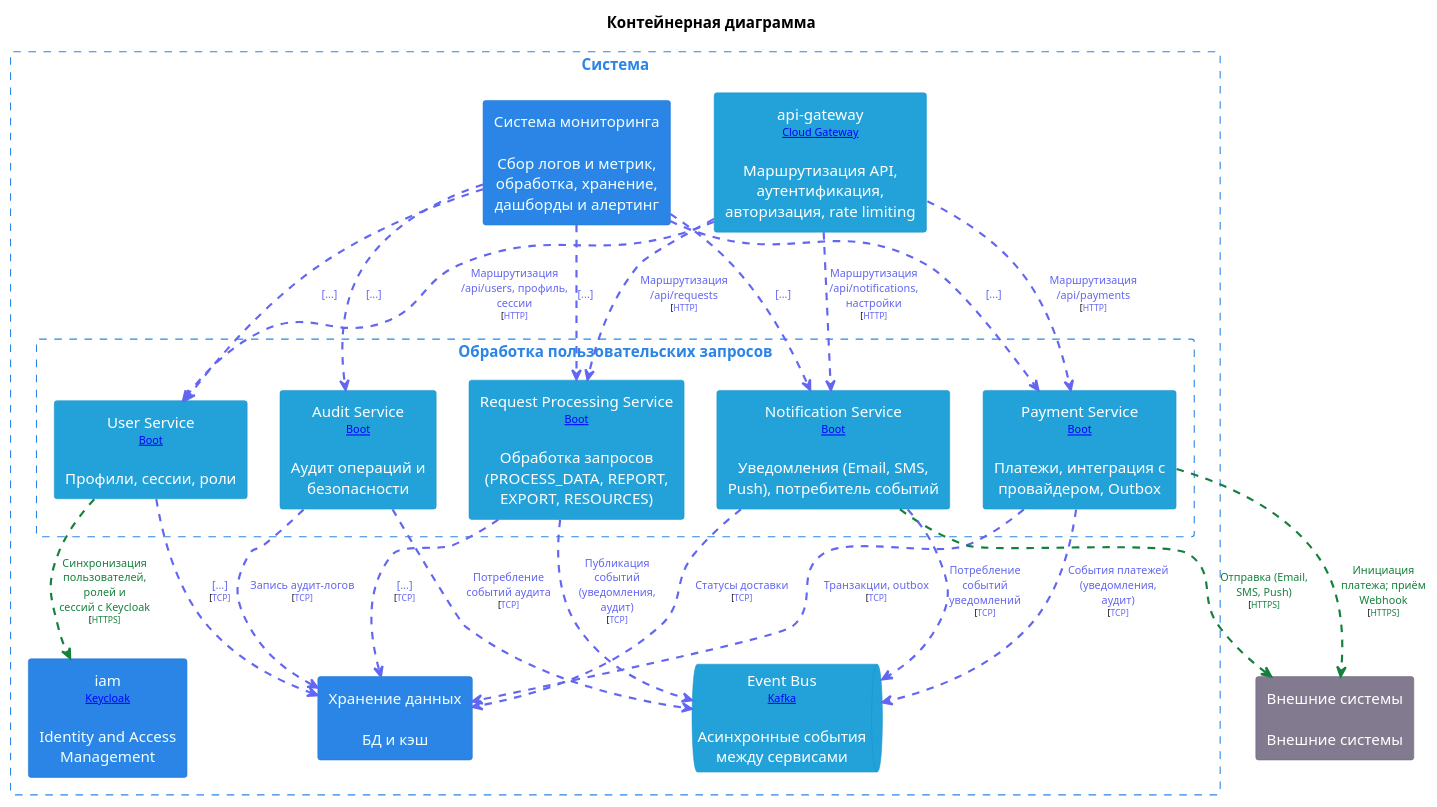
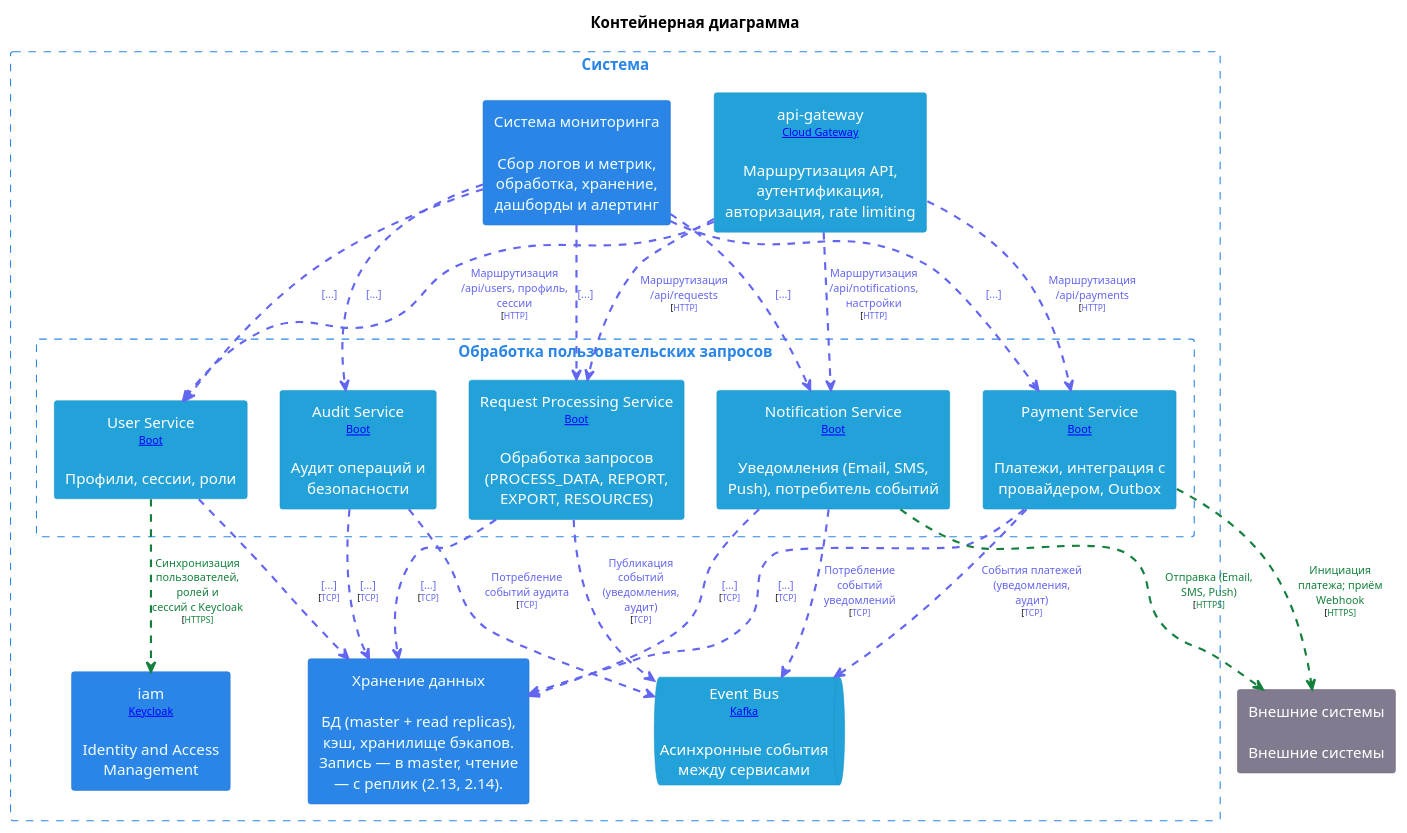
One commit to shelepovg/system-design-homework changed the diagram in doc/схемы/backend_container.puml. Above: the diagram before and after it, drawn with PlantUML. The commit also changed 7 other files, not shown here.

Commit message:
обновлены схемы и картинки

```diff
--- a/doc/схемы/backend_container.puml
+++ b/doc/схемы/backend_container.puml
@@ -1,116 +1,116 @@
 @startuml
 title "Контейнерная диаграмма"
 top to bottom direction
 
 hide stereotype
 skinparam ranksep 60
 skinparam nodesep 30
 skinparam {
   arrowFontSize 10
   defaultTextAlignment center
   wrapWidth 200
   maxMessageSize 100
   shadowing false
 }
 
 skinparam rectangle<<SystemApiGateway>>{
   BackgroundColor #23a2d9
   FontColor #ffffff
   BorderColor #1892c5
 }
 skinparam rectangle<<SystemMonitoring>>{
   BackgroundColor #2b85e7
   FontColor #f1ffff
   BorderColor #1e73ce
 }
 skinparam rectangle<<SystemBackendUserService>>{
   BackgroundColor #23a2d9
   FontColor #ffffff
   BorderColor #1892c5
 }
 skinparam rectangle<<SystemBackendRequestProcessingService>>{
   BackgroundColor #23a2d9
   FontColor #ffffff
   BorderColor #1892c5
 }
 skinparam rectangle<<SystemBackendPaymentService>>{
   BackgroundColor #23a2d9
   FontColor #ffffff
   BorderColor #1892c5
 }
 skinparam rectangle<<SystemBackendNotificationService>>{
   BackgroundColor #23a2d9
   FontColor #ffffff
   BorderColor #1892c5
 }
 skinparam rectangle<<SystemBackendAuditService>>{
   BackgroundColor #23a2d9
   FontColor #ffffff
   BorderColor #1892c5
 }
 skinparam rectangle<<SystemIam>>{
   BackgroundColor #2b85e7
   FontColor #f1ffff
   BorderColor #1e73ce
 }
 skinparam rectangle<<System_ext>>{
   BackgroundColor #827a8e
   FontColor #ffffff
   BorderColor #6c6477
 }
 skinparam rectangle<<SystemStorage>>{
   BackgroundColor #2b85e7
   FontColor #f1ffff
   BorderColor #1e73ce
 }
 skinparam queue<<SystemEventBus>>{
   BackgroundColor #23a2d9
   FontColor #ffffff
   BorderColor #1892c5
 }
 rectangle "Система" <<System>> as System {
   skinparam RectangleBorderColor<<System>> #2b85e7
   skinparam RectangleFontColor<<System>> #2b85e7
   skinparam RectangleBorderStyle<<System>> dashed
 
   rectangle "api-gateway\n<size:10>[[Spring Cloud Gateway]]</size>\n\nМаршрутизация API, аутентификация, авторизация, rate limiting" <<SystemApiGateway>> as SystemApiGateway
   rectangle "Система мониторинга\n\nСбор логов и метрик, обработка, хранение, дашборды и алертинг" <<SystemMonitoring>> as SystemMonitoring
   rectangle "Обработка пользовательских запросов" <<SystemBackend>> as SystemBackend {
     skinparam RectangleBorderColor<<SystemBackend>> #2b85e7
     skinparam RectangleFontColor<<SystemBackend>> #2b85e7
     skinparam RectangleBorderStyle<<SystemBackend>> dashed
 
     rectangle "User Service\n<size:10>[[Spring Boot]]</size>\n\nПрофили, сессии, роли" <<SystemBackendUserService>> as SystemBackendUserService
     rectangle "Request Processing Service\n<size:10>[[Spring Boot]]</size>\n\nОбработка запросов (PROCESS_DATA, REPORT, EXPORT, RESOURCES)" <<SystemBackendRequestProcessingService>> as SystemBackendRequestProcessingService
     rectangle "Payment Service\n<size:10>[[Spring Boot]]</size>\n\nПлатежи, интеграция с провайдером, Outbox" <<SystemBackendPaymentService>> as SystemBackendPaymentService
     rectangle "Notification Service\n<size:10>[[Spring Boot]]</size>\n\nУведомления (Email, SMS, Push), потребитель событий" <<SystemBackendNotificationService>> as SystemBackendNotificationService
     rectangle "Audit Service\n<size:10>[[Spring Boot]]</size>\n\nАудит операций и безопасности" <<SystemBackendAuditService>> as SystemBackendAuditService
   }
   rectangle "iam\n<size:10>[[Keycloak]]</size>\n\nIdentity and Access Management" <<SystemIam>> as SystemIam
-  rectangle "Хранение данных\n\nБД и кэш" <<SystemStorage>> as SystemStorage
+  rectangle "Хранение данных\n\nБД (master + read replicas), кэш, хранилище бэкапов. Запись — в master, чтение — с реплик (2.13, 2.14)." <<SystemStorage>> as SystemStorage
   queue "Event Bus\n<size:10>[[Apache Kafka]]</size>\n\nАсинхронные события между сервисами" <<SystemEventBus>> as SystemEventBus
 }
 rectangle "Внешние системы\n\nВнешние системы" <<System_ext>> as System_ext
 
 SystemBackendUserService .[#15803d,thickness=2].> SystemIam : <color:#15803d>Синхронизация пользователей, ролей и \n<color:#15803d>сессий с Keycloak\n<size:8>[<color:#15803d>HTTPS]</size>
 SystemBackendUserService .[#6366f1,thickness=2].> SystemStorage : <color:#6366f1>[...]\n<size:8>[<color:#6366f1>TCP]</size>
 SystemBackendRequestProcessingService .[#6366f1,thickness=2].> SystemStorage : <color:#6366f1>[...]\n<size:8>[<color:#6366f1>TCP]</size>
 SystemBackendRequestProcessingService .[#6366f1,thickness=2].> SystemEventBus : <color:#6366f1>Публикация событий (уведомления, аудит)\n<size:8>[<color:#6366f1>TCP]</size>
 SystemBackendPaymentService .[#15803d,thickness=2].> System_ext : <color:#15803d>Инициация платежа; приём Webhook\n<size:8>[<color:#15803d>HTTPS]</size>
-SystemBackendPaymentService .[#6366f1,thickness=2].> SystemStorage : <color:#6366f1>Транзакции, outbox\n<size:8>[<color:#6366f1>TCP]</size>
+SystemBackendPaymentService .[#6366f1,thickness=2].> SystemStorage : <color:#6366f1>[...]\n<size:8>[<color:#6366f1>TCP]</size>
 SystemBackendPaymentService .[#6366f1,thickness=2].> SystemEventBus : <color:#6366f1>События платежей (уведомления, аудит)\n<size:8>[<color:#6366f1>TCP]</size>
 SystemBackendNotificationService .[#15803d,thickness=2].> System_ext : <color:#15803d>Отправка (Email, SMS, Push)\n<size:8>[<color:#15803d>HTTPS]</size>
-SystemBackendNotificationService .[#6366f1,thickness=2].> SystemStorage : <color:#6366f1>Статусы доставки\n<size:8>[<color:#6366f1>TCP]</size>
+SystemBackendNotificationService .[#6366f1,thickness=2].> SystemStorage : <color:#6366f1>[...]\n<size:8>[<color:#6366f1>TCP]</size>
 SystemBackendNotificationService .[#6366f1,thickness=2].> SystemEventBus : <color:#6366f1>Потребление событий уведомлений\n<size:8>[<color:#6366f1>TCP]</size>
-SystemBackendAuditService .[#6366f1,thickness=2].> SystemStorage : <color:#6366f1>Запись аудит-логов\n<size:8>[<color:#6366f1>TCP]</size>
+SystemBackendAuditService .[#6366f1,thickness=2].> SystemStorage : <color:#6366f1>[...]\n<size:8>[<color:#6366f1>TCP]</size>
 SystemBackendAuditService .[#6366f1,thickness=2].> SystemEventBus : <color:#6366f1>Потребление событий аудита\n<size:8>[<color:#6366f1>TCP]</size>
 SystemApiGateway .[#6366f1,thickness=2].> SystemBackendUserService : <color:#6366f1>Маршрутизация /api/users, профиль, \n<color:#6366f1>сессии\n<size:8>[<color:#6366f1>HTTP]</size>
 SystemApiGateway .[#6366f1,thickness=2].> SystemBackendRequestProcessingService : <color:#6366f1>Маршрутизация /api/requests\n<size:8>[<color:#6366f1>HTTP]</size>
 SystemApiGateway .[#6366f1,thickness=2].> SystemBackendPaymentService : <color:#6366f1>Маршрутизация /api/payments\n<size:8>[<color:#6366f1>HTTP]</size>
 SystemApiGateway .[#6366f1,thickness=2].> SystemBackendNotificationService : <color:#6366f1>Маршрутизация /api/notifications, \n<color:#6366f1>настройки\n<size:8>[<color:#6366f1>HTTP]</size>
 SystemMonitoring .[#6366f1,thickness=2].> SystemBackendUserService : <color:#6366f1>[...]
 SystemMonitoring .[#6366f1,thickness=2].> SystemBackendRequestProcessingService : <color:#6366f1>[...]
 SystemMonitoring .[#6366f1,thickness=2].> SystemBackendPaymentService : <color:#6366f1>[...]
 SystemMonitoring .[#6366f1,thickness=2].> SystemBackendNotificationService : <color:#6366f1>[...]
 SystemMonitoring .[#6366f1,thickness=2].> SystemBackendAuditService : <color:#6366f1>[...]
 @enduml
```
